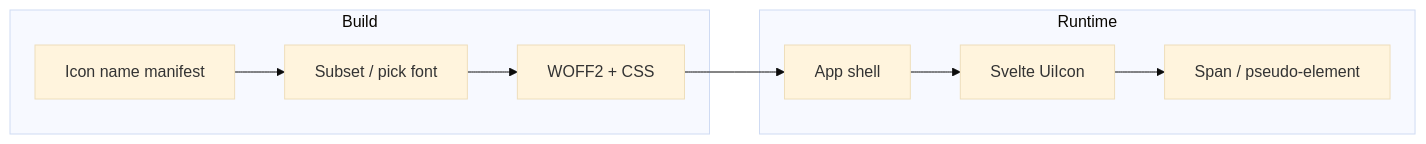
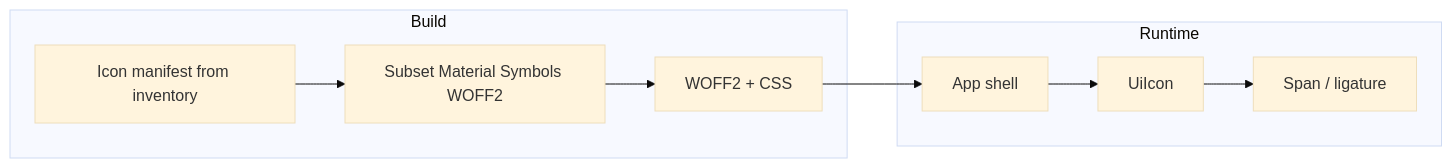
One commit to fullsend-ai/fullsend changed the diagram in docs/plans/2026-05-14-web-icon-fonts-for-ui/spec.md. Above: the diagram before and after it, drawn with Mermaid (base theme). The commit also changed other lines of this file and 1 other file, not shown here.

First line of the commit message:
docs(plans): address PR review on icon font spec

````diff
--- a/docs/plans/2026-05-14-web-icon-fonts-for-ui/spec.md
+++ b/docs/plans/2026-05-14-web-icon-fonts-for-ui/spec.md
@@ -72,12 +68,12 @@
 ```mermaid
 flowchart LR
   subgraph build [Build]
-    Names[Icon name manifest] --> Subset[Subset / pick font]
+    Names[Icon manifest from inventory] --> Subset[Subset Material Symbols WOFF2]
     Subset --> Assets[WOFF2 + CSS]
   end
   subgraph runtime [Runtime]
     Assets --> Shell[App shell]
-    Shell --> Cmp[Svelte UiIcon]
-    Cmp --> DOM[Span / pseudo-element]
+    Shell --> Cmp[UiIcon]
+    Cmp --> DOM[Span / ligature]
   end
 ```
````
